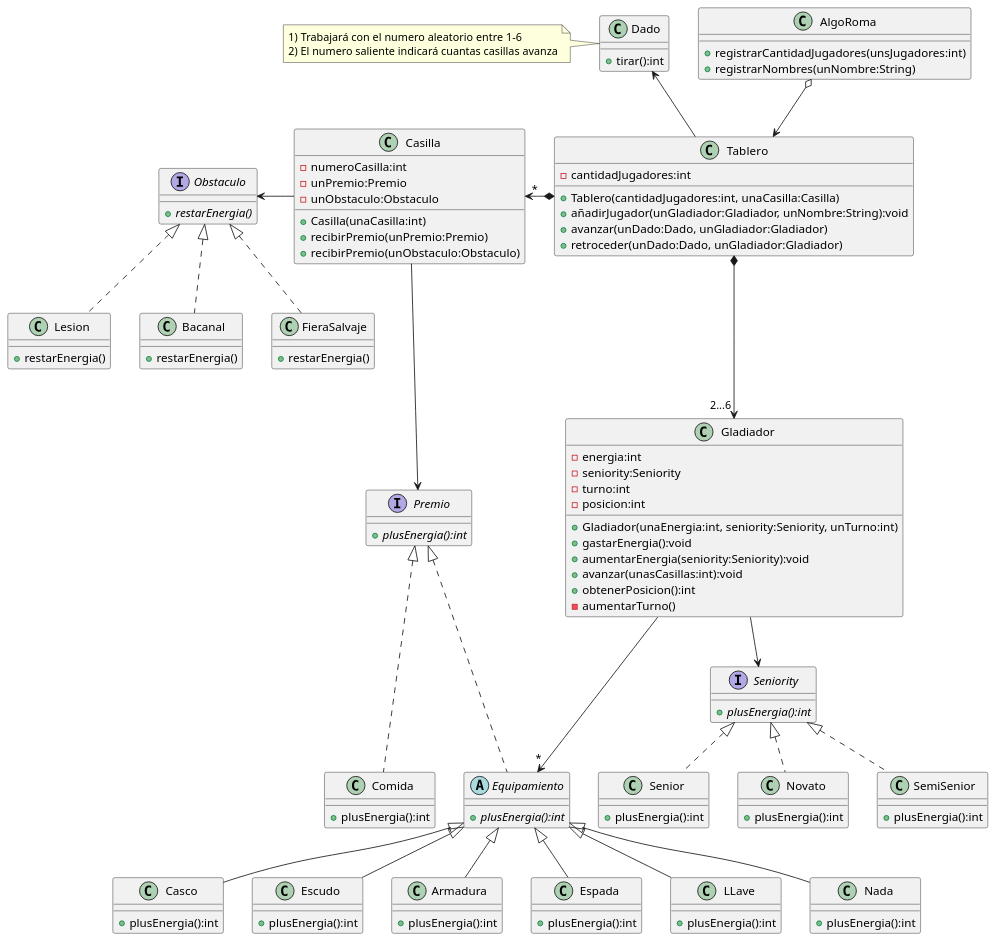
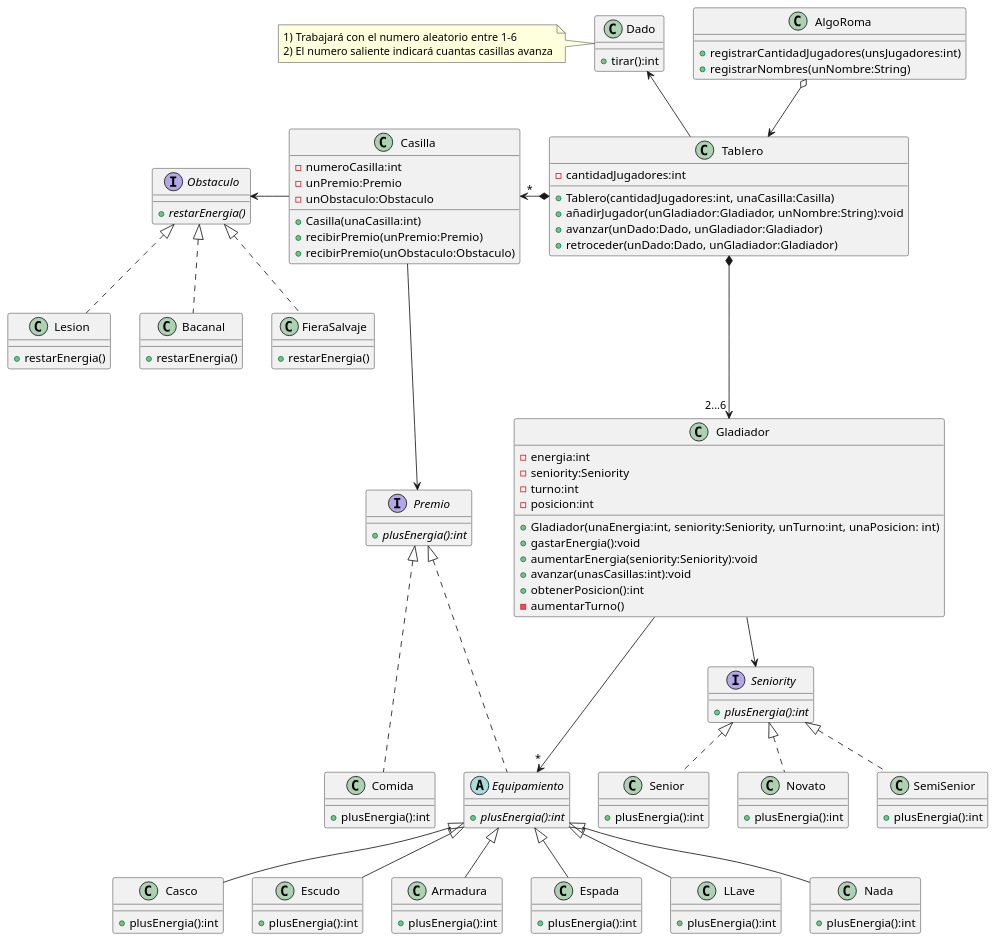
One commit to GiaWong/Algo3_TP2_2C2023 changed the diagram in diagrams/classes/Modelo_V1.puml. Above: the diagram before and after it, drawn with PlantUML. The commit also changed 3 other files, not shown here.

```diff
--- a/diagrams/classes/Modelo_V1.puml
+++ b/diagrams/classes/Modelo_V1.puml
@@ -1,139 +1,139 @@
 @startuml
 
 
 class   AlgoRoma{
     +registrarCantidadJugadores(unsJugadores:int)
     +registrarNombres(unNombre:String)
 }
 
 
 class Gladiador{
     -energia:int
     -seniority:Seniority
     -turno:int
     -posicion:int
-    +Gladiador(unaEnergia:int, seniority:Seniority, unTurno:int)
+    +Gladiador(unaEnergia:int, seniority:Seniority, unTurno:int, unaPosicion: int)
     +gastarEnergia():void
     +aumentarEnergia(seniority:Seniority):void
     +avanzar(unasCasillas:int):void
     +obtenerPosicion():int
     -aumentarTurno()
 
 }
 
 
 class Tablero{
     -cantidadJugadores:int
     +Tablero(cantidadJugadores:int, unaCasilla:Casilla)
     +añadirJugador(unGladiador:Gladiador, unNombre:String):void
     +avanzar(unDado:Dado, unGladiador:Gladiador)
     +retroceder(unDado:Dado, unGladiador:Gladiador)
 }
 
 
 class Dado{
     +tirar():int
 }
 note left: 1) Trabajará con el numero aleatorio entre 1-6\n2) El numero saliente indicará cuantas casillas avanza
 
 
 interface Premio{
     +{abstract}plusEnergia():int
 }
 
 interface  Obstaculo{
     +{abstract}restarEnergia()
 }
 class Bacanal{
     +restarEnergia()
 }
 class FieraSalvaje{
     +restarEnergia()
 }
 class Lesion{
     +restarEnergia()
 }
 
 
 interface  Seniority{
 
     +{abstract}plusEnergia():int
 
 }
 class Novato{
     +plusEnergia():int
 }
 class SemiSenior{
     +plusEnergia():int
 }
 class Senior{
     +plusEnergia():int
 }
 
 
 abstract class  Equipamiento{
     +{abstract}plusEnergia():int
 }
 class Casco{
     +plusEnergia():int
 }
 class Escudo{
     +plusEnergia():int
 }
 class Armadura{
     +plusEnergia():int
 }
 class Espada{
     +plusEnergia():int
 }
 class LLave{
     +plusEnergia():int
 }
 class Nada{
     +plusEnergia():int
 }
 
 class Comida{
     +plusEnergia():int
 }
 
 class Casilla{
     -numeroCasilla:int
     -unPremio:Premio
     -unObstaculo:Obstaculo
     +Casilla(unaCasilla:int)
     +recibirPremio(unPremio:Premio)
     +recibirPremio(unObstaculo:Obstaculo)
 }
 
 
 Tablero *-left->"*"Casilla
 Tablero *--->"2...6 "Gladiador
 AlgoRoma o--> Tablero
 Tablero -up-> Dado
 
 Casilla --left-> Obstaculo
 Casilla ---> Premio
 Gladiador --> Seniority
 
 Premio <|... Comida
 Premio <|... Equipamiento
 
 Equipamiento <|-- Casco
 Equipamiento <|-- Escudo
 Equipamiento <|-- Armadura
 Equipamiento <|-- Espada
 Equipamiento <|-- LLave
 Equipamiento <|-- Nada
 
 Obstaculo <|.. Bacanal
 Obstaculo <|.. FieraSalvaje
 Obstaculo <|.. Lesion
 
 Seniority <|.. Novato
 Seniority <|.. SemiSenior
 Seniority <|.. Senior
 
 Gladiador -> "*"Equipamiento
 
 @enduml
```
